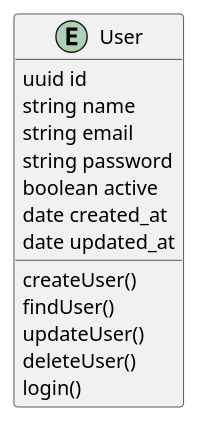
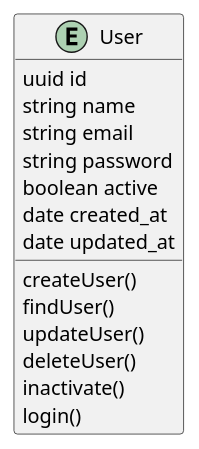
The diagram in docs/class-diagram.puml (gustavovalle23/churros-microservices-fastapi), drawn with PlantUML before and after one commit. The commit also changed 7 other files, not shown here.

```diff
--- a/docs/class-diagram.puml
+++ b/docs/class-diagram.puml
@@ -1,19 +1,20 @@
 @startuml user
 
 entity User
 
 User : uuid id
 User : string name
 User : string email
 User : string password
 User : boolean active
 User : date created_at
 User : date updated_at
 
 User : createUser()
 User : findUser()
 User : updateUser()
 User : deleteUser()
+User : inactivate()
 User : login()
 
 @enduml
```
